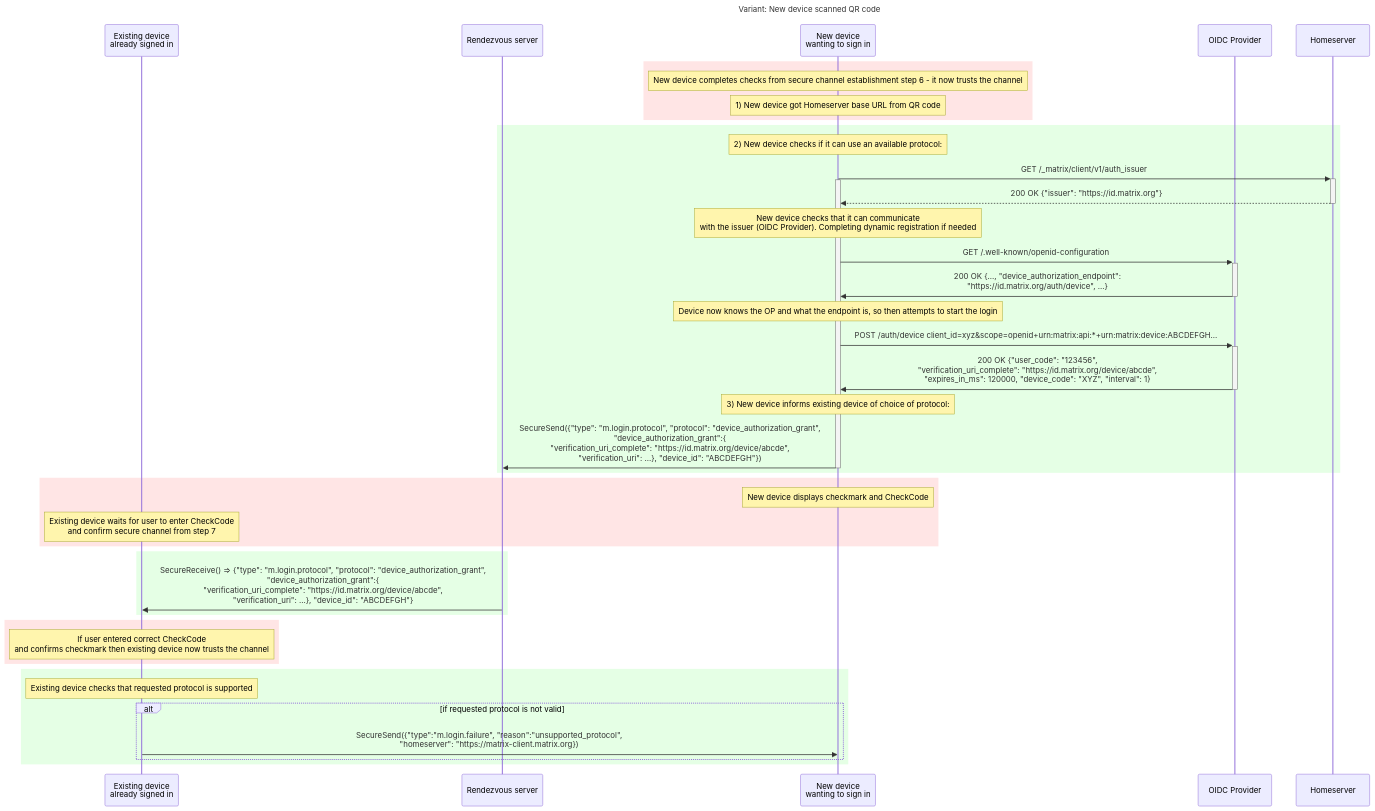
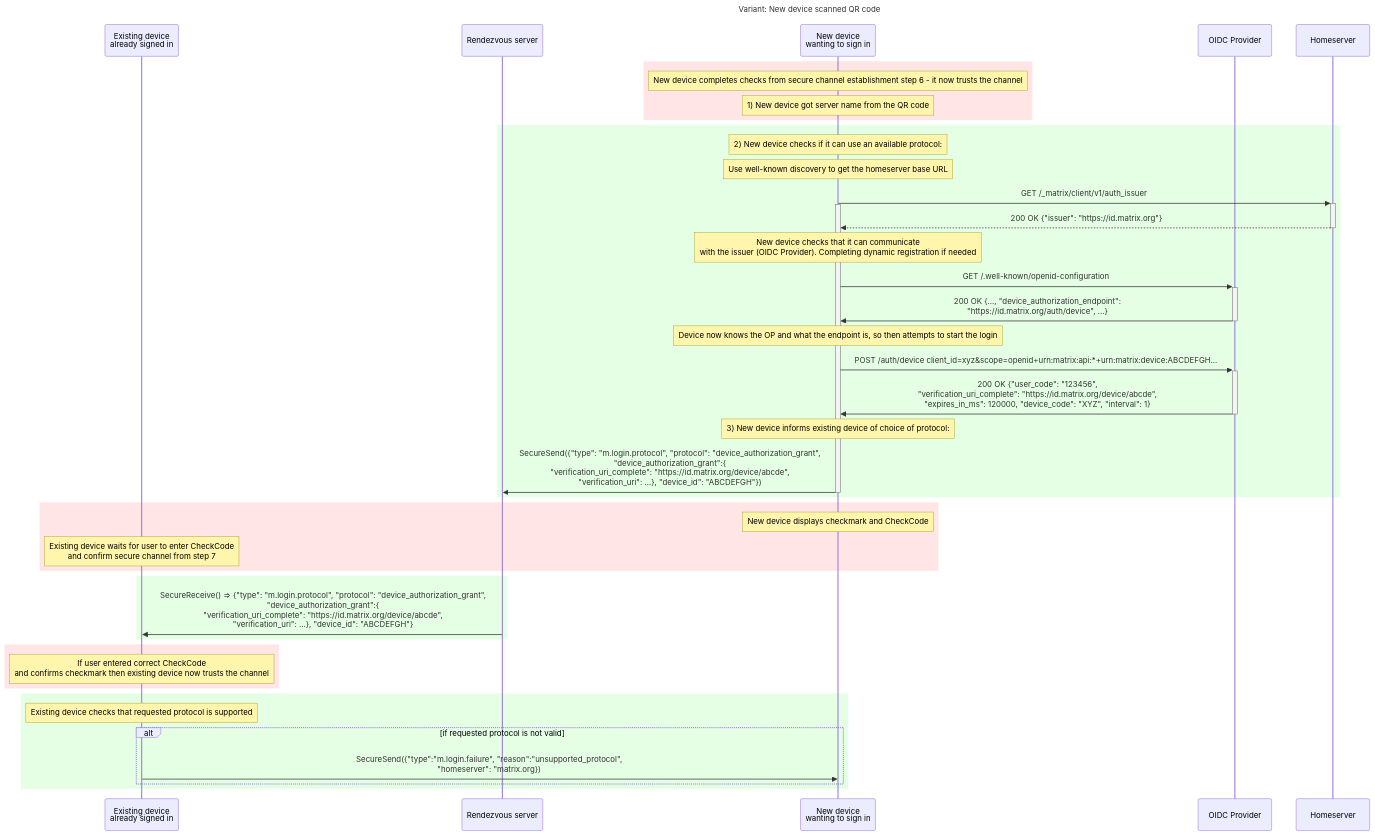
The third of 6 diagrams in proposals/4108-oidc-qr-login.md (matrix-org/matrix-spec-proposals), drawn with Mermaid before and after one commit. The commit also changed other lines of this file and 1 other file, not shown here.

Commit message:
Use server name rather than base URL and clarify well-known discovery

````diff
--- a/proposals/4108-oidc-qr-login.md
+++ b/proposals/4108-oidc-qr-login.md
@@ -837,68 +840,68 @@
 ```mermaid
 sequenceDiagram
     title: Variant: New device scanned QR code
     participant E as Existing device <br>already signed in
     participant Z as Rendezvous server
     participant N as New device <br>wanting to sign in
     participant OP as OIDC Provider
     participant HS as Homeserver
 
 
     rect rgba(255,0,0, 0.1)
     #alt if New device scanned QR code
         note over N: New device completes checks from secure channel establishment step 6 - it now trusts the channel
-        note over N: 1) New device got Homeserver base URL from QR code
+        note over N: 1) New device got server name from the QR code
 
     #else if Existing device scanned QR code
     #    note over E: Existing device completes step 6
     #    note over E: Existing device displays checkmark and CheckCode
     #    note over E: 1) Existing device sends m.login.protocols message
-    #    E->>Z: SecureSend({"type":"m.login.protocols", "protocols":["device_authorization_grant],<br> "homeserver": "https://matrix-client.matrix.org"})
+    #    E->>Z: SecureSend({"type":"m.login.protocols", "protocols":["device_authorization_grant],<br> "homeserver": "matrix.org"})
     #    note over N: New device waits for user to confirm secure channel from step 7
-    #    Z->>N: SecureReceive() => {"type":"m.login.protocols", "protocols":["device_authorization_grant],<br> "homeserver": "https://matrix-client.matrix.org"}
+    #    Z->>N: SecureReceive() => {"type":"m.login.protocols", "protocols":["device_authorization_grant],<br> "homeserver": "matrix.org"}
     #    note over N: If user enters the correct CheckCode and confirms checkmark<br>then new device now trusts the channel, and uses the homeserver provided
     end
 
 
     rect rgba(0,255,0, 0.1)
     note over N: 2) New device checks if it can use an available protocol:
-
+    note over N: Use well-known discovery to get the homeserver base URL
         N->>+HS: GET /_matrix/client/v1/auth_issuer
     activate N
         HS-->>-N: 200 OK {"issuer": "https://id.matrix.org"}
         Note over N: New device checks that it can communicate<br> with the issuer (OIDC Provider). Completing dynamic registration if needed 
         N->>+OP: GET /.well-known/openid-configuration
         OP->>-N: 200 OK {..., "device_authorization_endpoint":<br> "https://id.matrix.org/auth/device", ...}
         Note over N: Device now knows the OP and what the endpoint is, so then attempts to start the login
         N->>+OP: POST /auth/device client_id=xyz&scope=openid+urn:matrix:api:*+urn:matrix:device:ABCDEFGH...
         OP->>-N: 200 OK {"user_code": "123456",<br>"verification_uri_complete": "https://id.matrix.org/device/abcde",<br>"expires_in_ms": 120000, "device_code": "XYZ", "interval": 1}
         note over N: 3) New device informs existing device of choice of protocol:
         N->>Z: SecureSend({"type": "m.login.protocol", "protocol": "device_authorization_grant",<br> "device_authorization_grant":{<br>"verification_uri_complete": "https://id.matrix.org/device/abcde",<br>"verification_uri": ...}, "device_id": "ABCDEFGH"})
 
     deactivate N
     end
 
     rect rgba(255,0,0, 0.1)
     # alt if New device scanned QR code
         note over N: New device displays checkmark and CheckCode
         note over E: Existing device waits for user to enter CheckCode<br>and confirm secure channel from step 7
     end
 
     rect rgba(0,255,0, 0.1)
         Z->>E: SecureReceive() => {"type": "m.login.protocol", "protocol": "device_authorization_grant",<br> "device_authorization_grant":{<br>"verification_uri_complete": "https://id.matrix.org/device/abcde",<br>"verification_uri": ...}, "device_id": "ABCDEFGH"}
     end
 
     rect rgba(255,0,0, 0.1)
     # alt if New device scanned QR code
         note over E: If user entered correct CheckCode<br>and confirms checkmark then existing device now trusts the channel
     end
 
 
     rect rgba(0,255,0, 0.1)
     note over E: Existing device checks that requested protocol is supported
 
     alt if requested protocol is not valid
-        E->>N: SecureSend({"type":"m.login.failure", "reason":"unsupported_protocol",<br>"homeserver": "https://matrix-client.matrix.org})
+        E->>N: SecureSend({"type":"m.login.failure", "reason":"unsupported_protocol",<br>"homeserver": "matrix.org})
     end
     end
 ```
````
